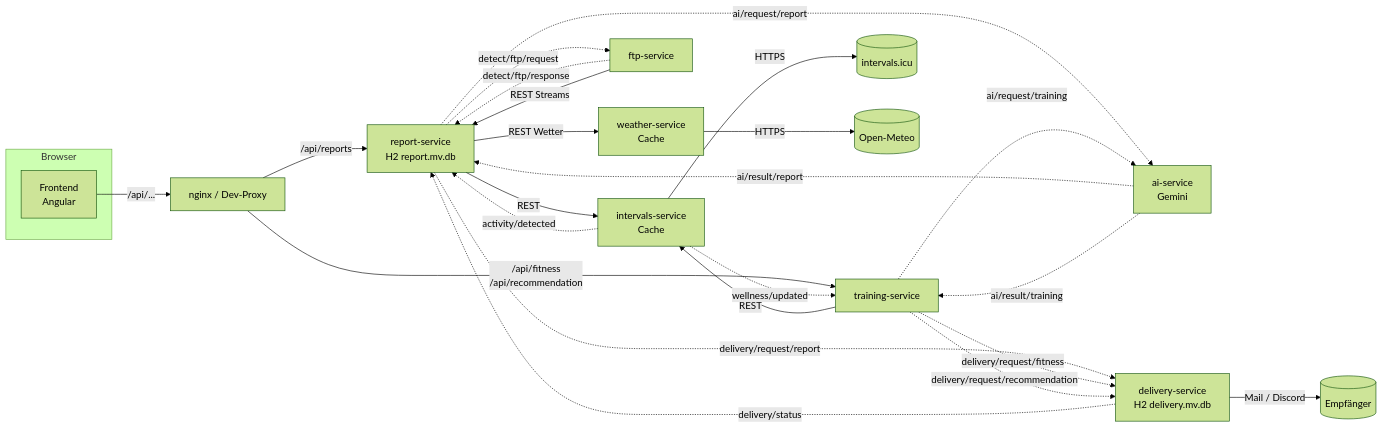
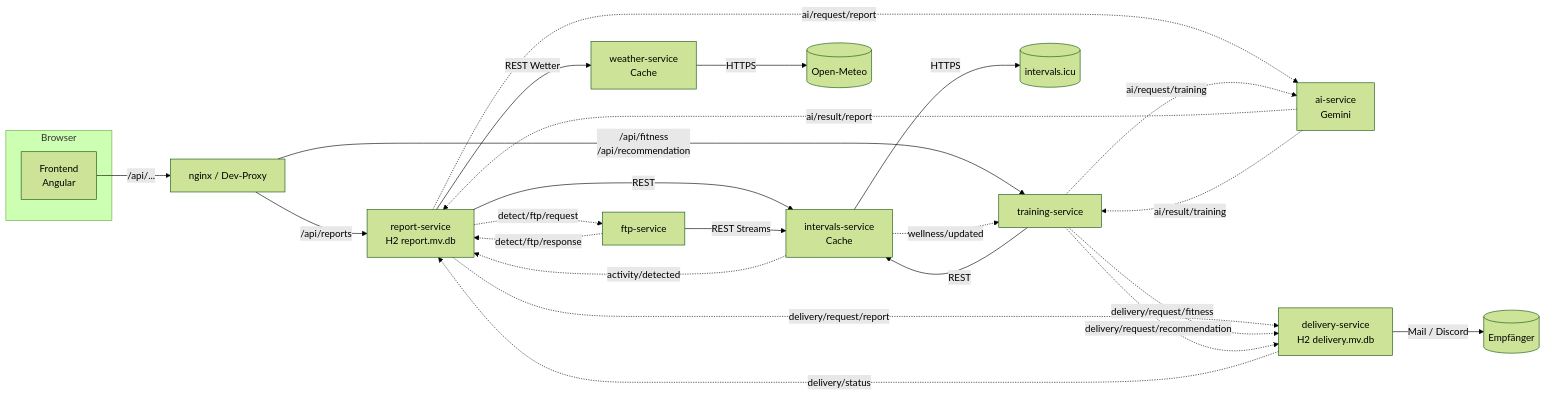
The first of 6 diagrams in docs/datenfluesse.md (KlinkerD/Cycling_AI_Analyzer), drawn with Mermaid (forest theme) before and after one commit. The commit also changed other lines of this file and 31 other files, not shown here.

````diff
--- a/docs/datenfluesse.md
+++ b/docs/datenfluesse.md
@@ -18,31 +18,31 @@
 ```mermaid
 flowchart LR
     subgraph Browser
         FE[Frontend<br/>Angular]
     end
     NG[nginx / Dev-Proxy]
     FE -->|/api/...| NG
     NG -->|/api/reports| RS[report-service<br/>H2 report.mv.db]
     NG -->|/api/fitness<br/>/api/recommendation| TS[training-service]
 
     RS -->|REST| IS[intervals-service<br/>Cache]
     TS -->|REST| IS
     IS -->|HTTPS| ICU[(intervals.icu)]
 
     IS -. activity/detected .-> RS
     IS -. wellness/updated .-> TS
     RS -. ai/request/report .-> AI[ai-service<br/>Gemini]
     AI -. ai/result/report .-> RS
     TS -. ai/request/training .-> AI
     AI -. ai/result/training .-> TS
     RS -. delivery/request/report .-> DS[delivery-service<br/>H2 delivery.mv.db]
     TS -. delivery/request/fitness .-> DS
     TS -. delivery/request/recommendation .-> DS
     DS -. delivery/status .-> RS
     DS -->|Mail / Discord| OUT[(Empfänger)]
     RS -. detect/ftp/request .-> FT[ftp-service]
     FT -. detect/ftp/response .-> RS
-    FT -->|REST Streams| RS
+    FT -->|REST Streams| IS
     RS -->|REST Wetter| WS[weather-service<br/>Cache]
     WS -->|HTTPS| OM[(Open-Meteo)]
 ```
````
